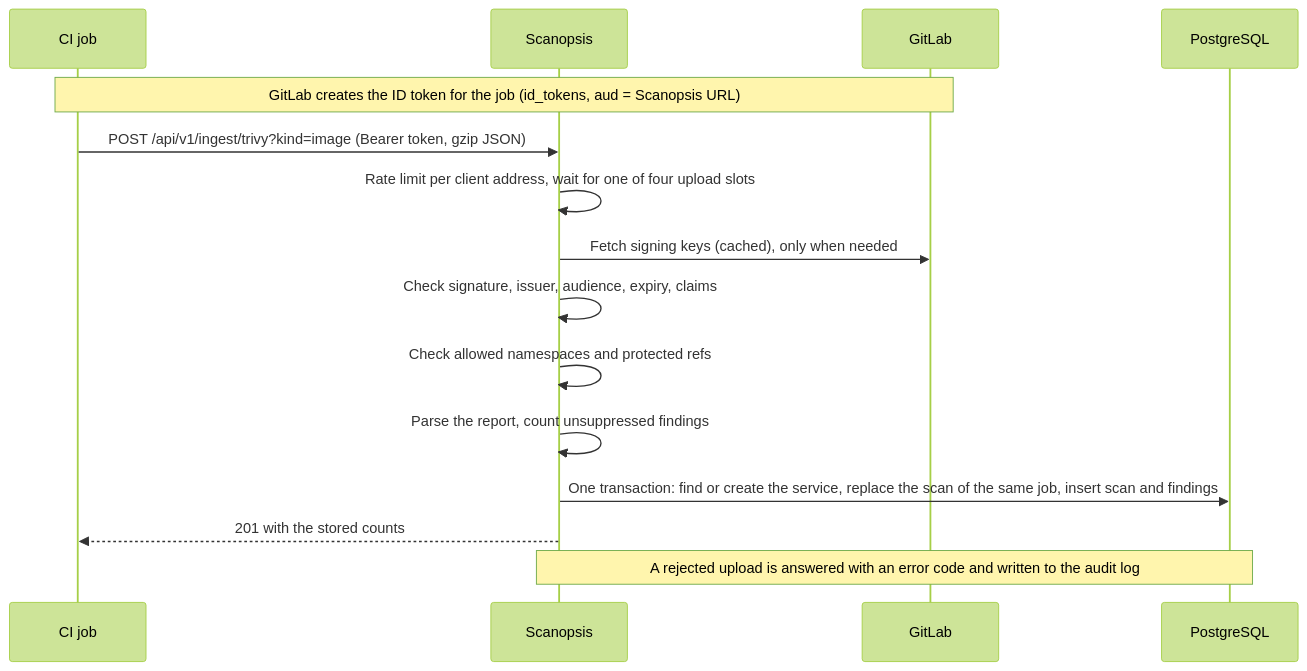
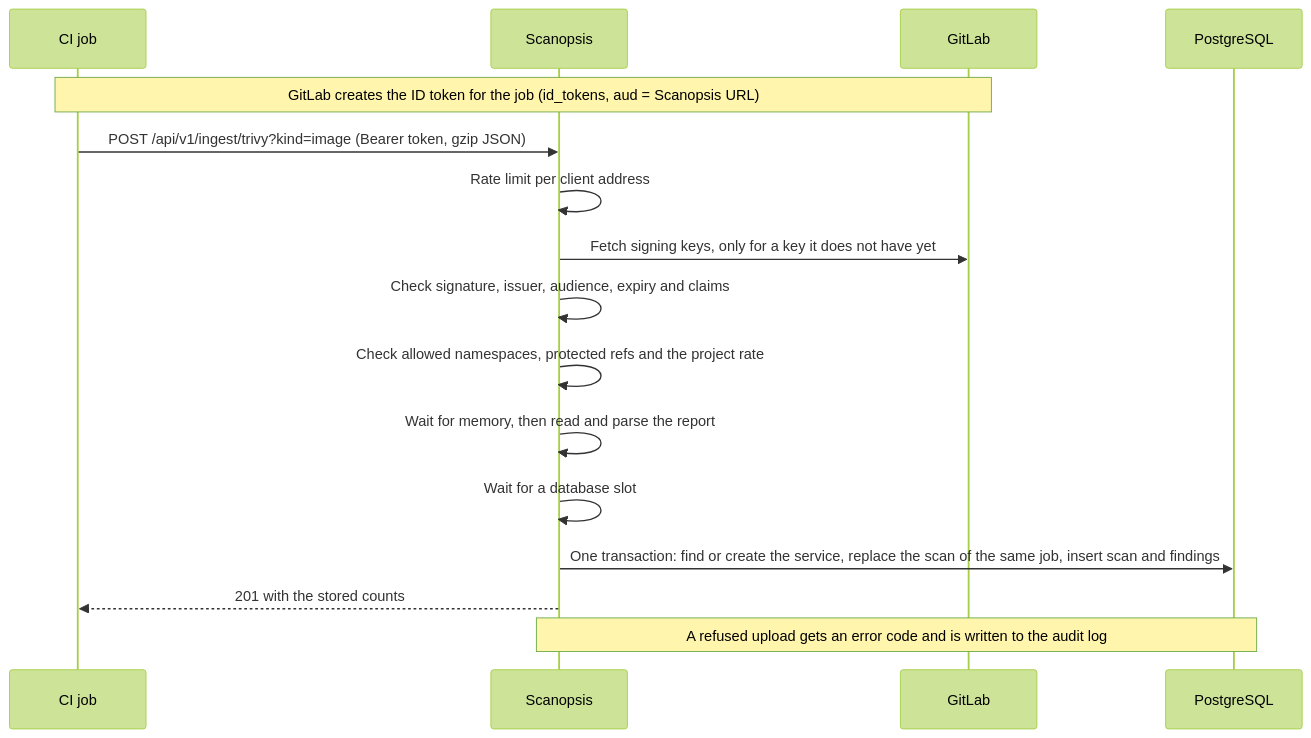
Before and after one commit to siyamsarker/scanopsis: the third of 5 diagrams in docs/architecture.md, drawn with Mermaid (forest theme). The commit also changed other lines of this file, not shown here.

First line of the commit message:
docs: rewrite the architecture page

````diff
--- a/docs/architecture.md
+++ b/docs/architecture.md
@@ -92,17 +96,18 @@
 ```mermaid
 sequenceDiagram
     participant J as CI job
     participant S as Scanopsis
     participant G as GitLab
     participant D as PostgreSQL
     Note over J,G: GitLab creates the ID token for the job (id_tokens, aud = Scanopsis URL)
     J->>S: POST /api/v1/ingest/trivy?kind=image (Bearer token, gzip JSON)
-    S->>S: Rate limit per client address, wait for one of four upload slots
-    S->>G: Fetch signing keys (cached), only when needed
-    S->>S: Check signature, issuer, audience, expiry, claims
-    S->>S: Check allowed namespaces and protected refs
-    S->>S: Parse the report, count unsuppressed findings
+    S->>S: Rate limit per client address
+    S->>G: Fetch signing keys, only for a key it does not have yet
+    S->>S: Check signature, issuer, audience, expiry and claims
+    S->>S: Check allowed namespaces, protected refs and the project rate
+    S->>S: Wait for memory, then read and parse the report
+    S->>S: Wait for a database slot
     S->>D: One transaction: find or create the service, replace the scan of the same job, insert scan and findings
     S-->>J: 201 with the stored counts
-    Note over S,D: A rejected upload is answered with an error code and written to the audit log
+    Note over S,D: A refused upload gets an error code and is written to the audit log
 ```
````
